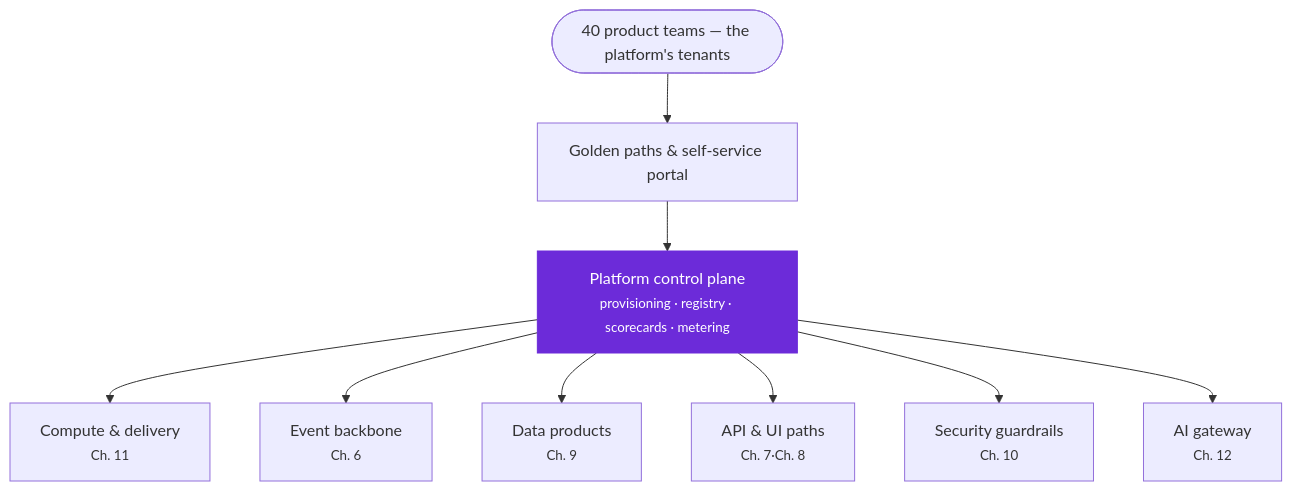
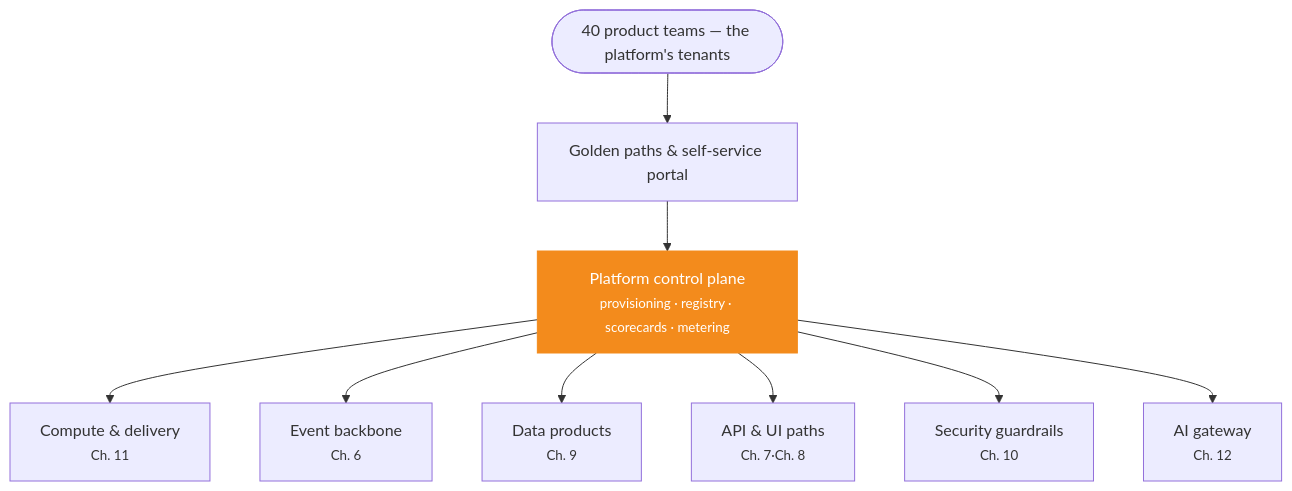
One commit to oleksiyp/arch-book changed diagram 22 of 22 in README.md. Above: the diagram before and after it, drawn with Mermaid. The commit also changed other lines of this file and 6 other files, not shown here.

```diff
--- a/README.md
+++ b/README.md
@@ -2215,8 +2215,8 @@
 <pre class="mermaid">
 flowchart TB
     teams(["40 product teams — the platform's tenants"]) --> paths["Golden paths & self-service portal"]
     paths --> cp["Platform control plane<br/><small>provisioning · registry · scorecards · metering</small>"]
     cp --> c["Compute & delivery<br/><small>Ch. 11</small>"] & e["Event backbone<br/><small>Ch. 6</small>"] & d["Data products<br/><small>Ch. 9</small>"] & a["API & UI paths<br/><small>Ch. 7·Ch. 8</small>"] & s["Security guardrails<br/><small>Ch. 10</small>"] & ai["AI gateway<br/><small>Ch. 12</small>"]
-    classDef hot fill:#6c2bd9,stroke:#6c2bd9,color:#fff
+    classDef hot fill:#f38b1c,stroke:#f38b1c,color:#fff
     class cp hot
 </pre>
```
